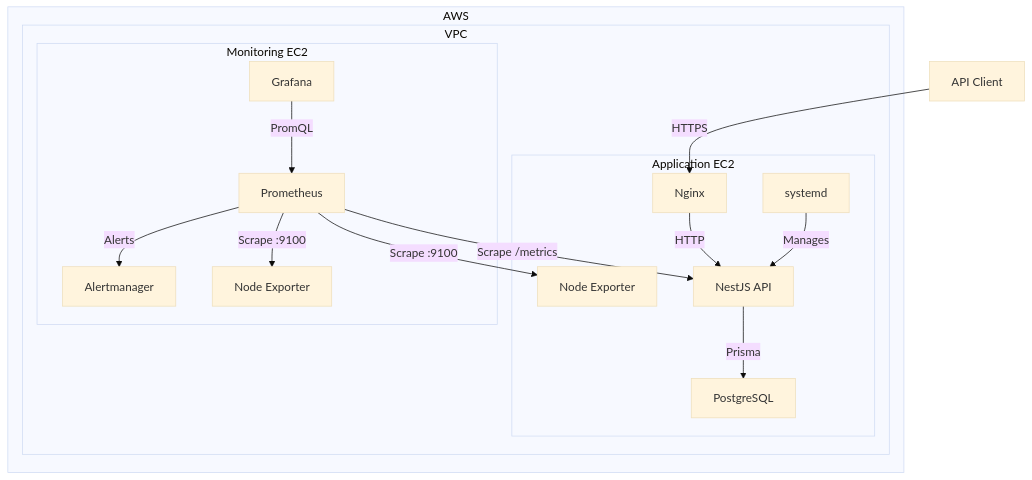
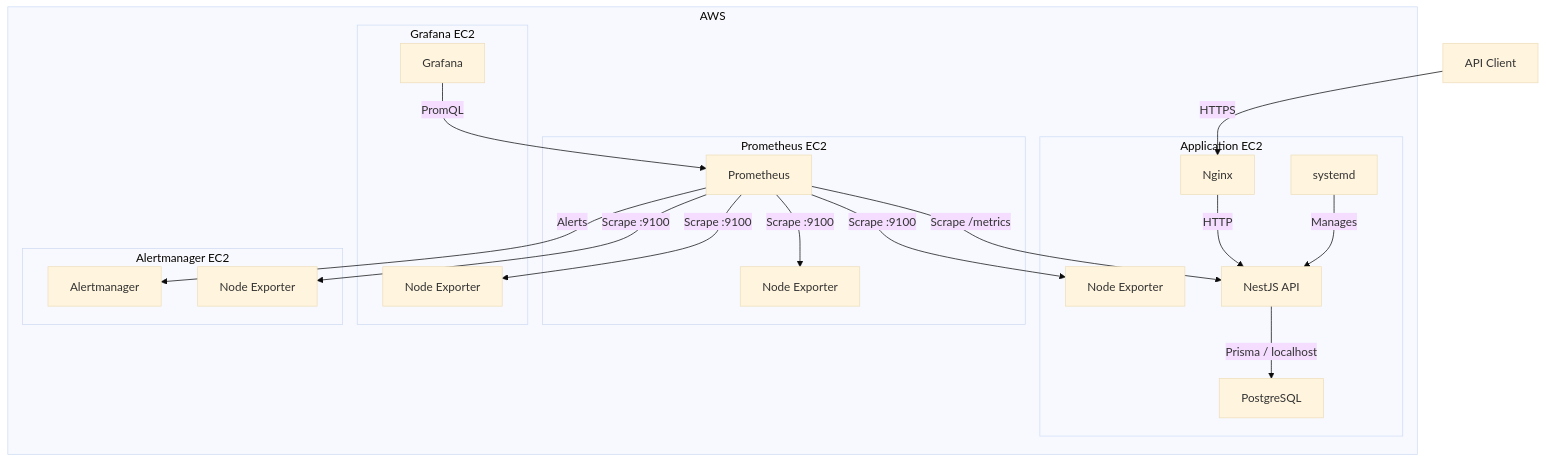
Before and after one commit to Val242/TaskFlow: the diagram in README.md, drawn with Mermaid (base theme). The commit also changed other lines of this file, not shown here.

````diff
--- a/README.md
+++ b/README.md
@@ -64,39 +68,46 @@
-```mermaid id="6x3r8v"
+```mermaid
 flowchart TD
 
     USER["API Client"]
 
     subgraph AWS["AWS"]
 
-        subgraph VPC["VPC"]
+        subgraph APP["Application EC2"]
+            NGINX["Nginx"]
+            API["NestJS API"]
+            DB["PostgreSQL"]
+            SYSTEMD["systemd"]
+            NODE_APP["Node Exporter"]
+        end
 
-            subgraph APP["Application EC2"]
-                NGINX["Nginx"]
-                API["NestJS API"]
-                DB["PostgreSQL"]
-                SYSTEMD["systemd"]
-                NODE1["Node Exporter"]
-            end
+        subgraph PROM["Prometheus EC2"]
+            PROMETHEUS["Prometheus"]
+            NODE_PROM["Node Exporter"]
+        end
 
-            subgraph MON["Monitoring EC2"]
-                PROM["Prometheus"]
-                GRAFANA["Grafana"]
-                ALERT["Alertmanager"]
-                NODE2["Node Exporter"]
-            end
+        subgraph GRAFANA["Grafana EC2"]
+            GRAFANA_APP["Grafana"]
+            NODE_GRAFANA["Node Exporter"]
+        end
+
+        subgraph ALERT["Alertmanager EC2"]
+            ALERTMANAGER["Alertmanager"]
+            NODE_ALERT["Node Exporter"]
         end
     end
 
     USER -->|"HTTPS"| NGINX
     NGINX -->|"HTTP"| API
-    API -->|"Prisma"| DB
+    API -->|"Prisma / localhost"| DB
 
-    PROM -->|"Scrape /metrics"| API
-    PROM -->|"Scrape :9100"| NODE1
-    PROM -->|"Scrape :9100"| NODE2
+    PROMETHEUS -->|"Scrape /metrics"| API
+    PROMETHEUS -->|"Scrape :9100"| NODE_APP
+    PROMETHEUS -->|"Scrape :9100"| NODE_PROM
+    PROMETHEUS -->|"Scrape :9100"| NODE_GRAFANA
+    PROMETHEUS -->|"Scrape :9100"| NODE_ALERT
 
-    GRAFANA -->|"PromQL"| PROM
-    PROM -->|"Alerts"| ALERT
+    GRAFANA_APP -->|"PromQL"| PROMETHEUS
+    PROMETHEUS -->|"Alerts"| ALERTMANAGER
 
     SYSTEMD -->|"Manages"| API
 ```
````
